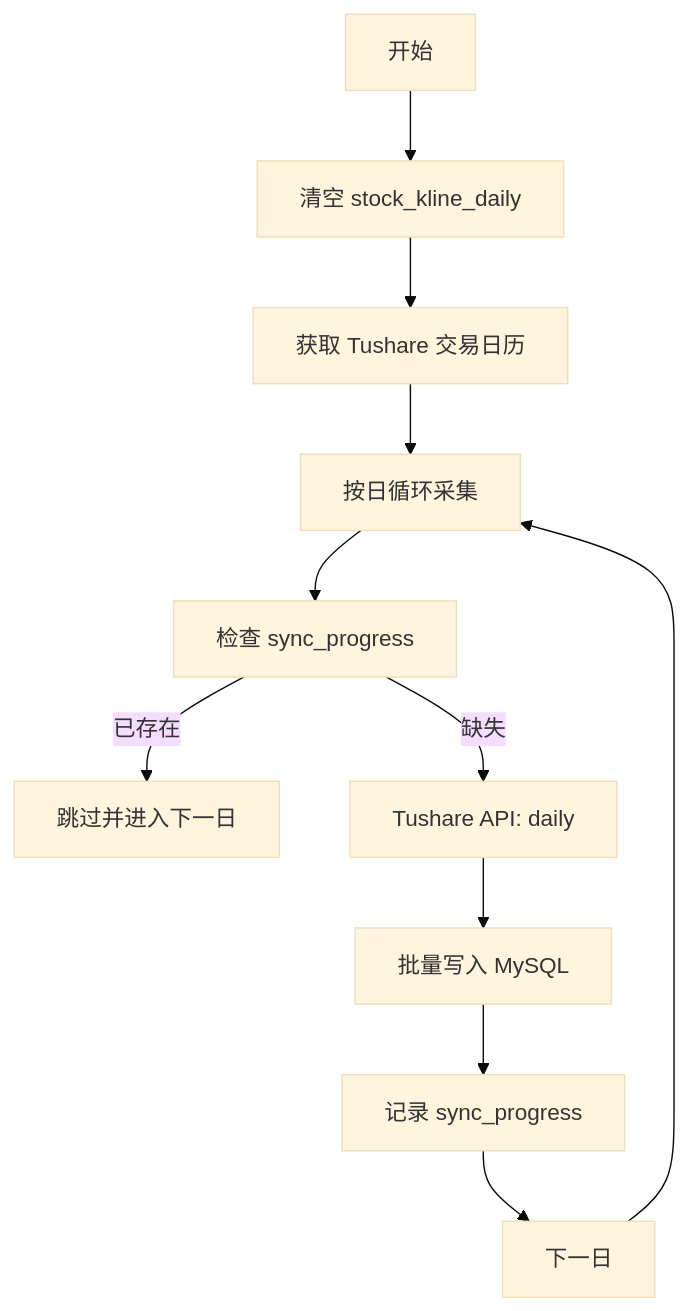
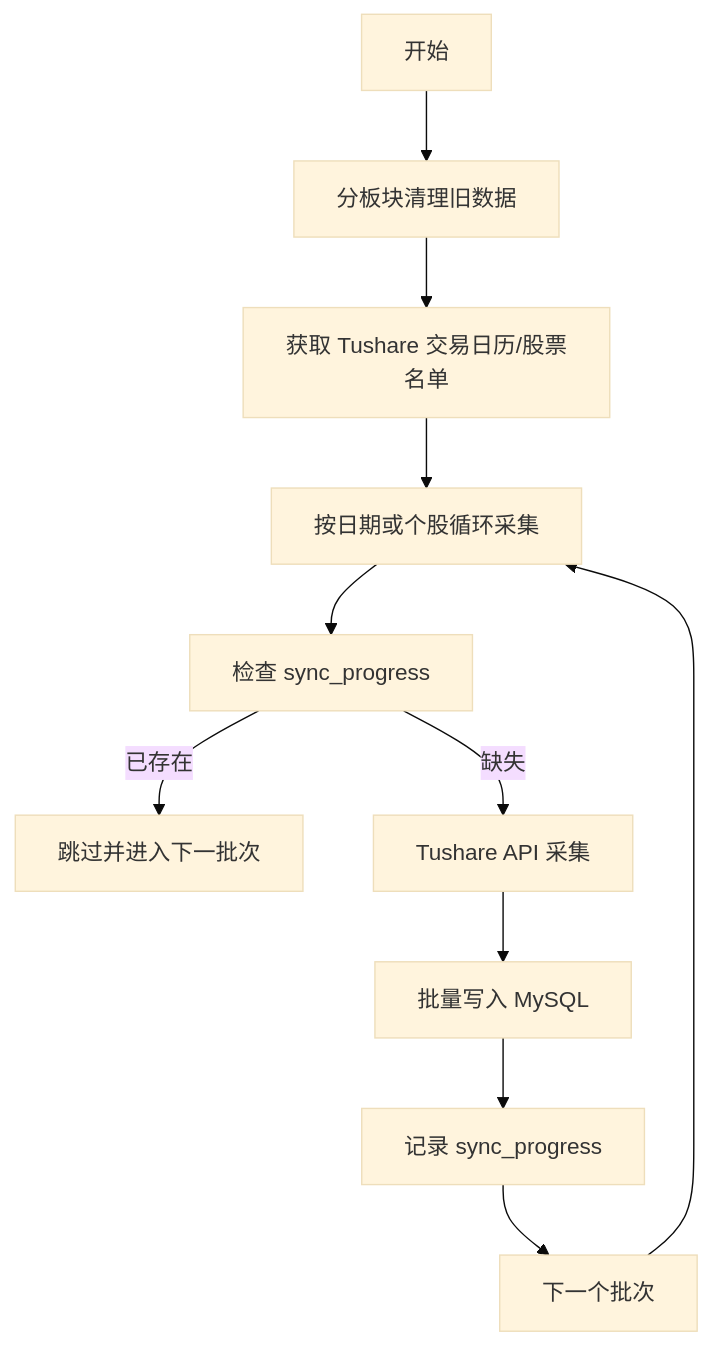
Before and after one commit to bxgh/microservice-stock: the diagram in scf-collector/docs/features/tushare_migration/design/draft_E13.md, drawn with Mermaid (base theme). The commit also changed other lines of this file, not shown here.

Commit message:
[E13-Design] docs: 升级 Tushare 迁移蓝图 (draft_E13.md) 至 v2.0 覆盖全业务线

````diff
--- a/scf-collector/docs/features/tushare_migration/design/draft_E13.md
+++ b/scf-collector/docs/features/tushare_migration/design/draft_E13.md
@@ -29,13 +31,13 @@
 ```mermaid
 graph TD
-  Start[开始] --> Truncate[清空 stock_kline_daily]
-  Truncate --> GetCal[获取 Tushare 交易日历]
-  GetCal --> Loop[按日循环采集]
+  Start[开始] --> Truncate[分板块清理旧数据]
+  Truncate --> GetCal[获取 Tushare 交易日历/股票名单]
+  GetCal --> Loop[按日期或个股循环采集]
   Loop --> Check[检查 sync_progress]
-  Check -- 已存在 --> Skip[跳过并进入下一日]
-  Check -- 缺失 --> Fetch[Tushare API: daily]
+  Check -- 已存在 --> Skip[跳过并进入下一批次]
+  Check -- 缺失 --> Fetch[Tushare API 采集]
   Fetch --> Save[批量写入 MySQL]
   Save --> Log[记录 sync_progress]
-  Log --> Next[下一日]
+  Log --> Next[下一个批次]
   Next --> Loop
 ```
````
